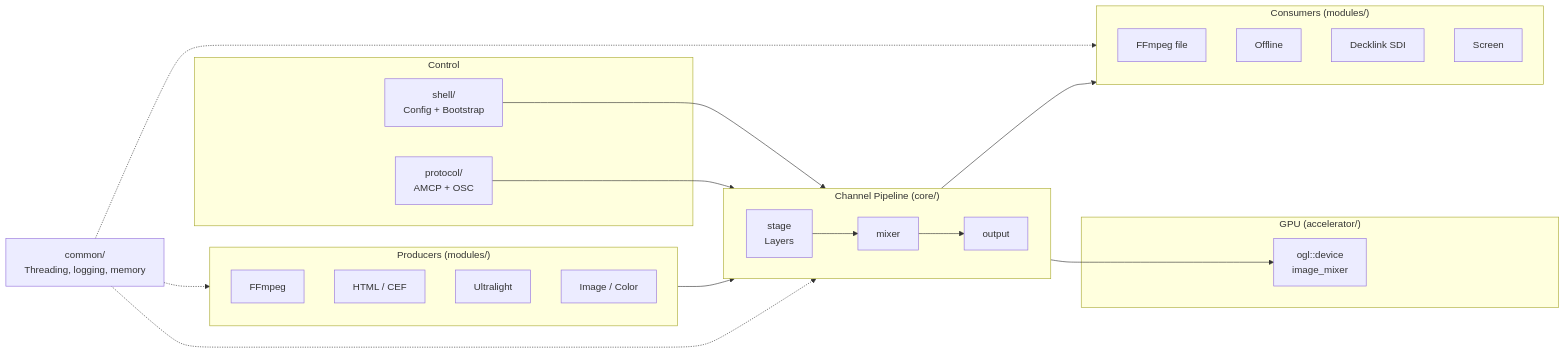
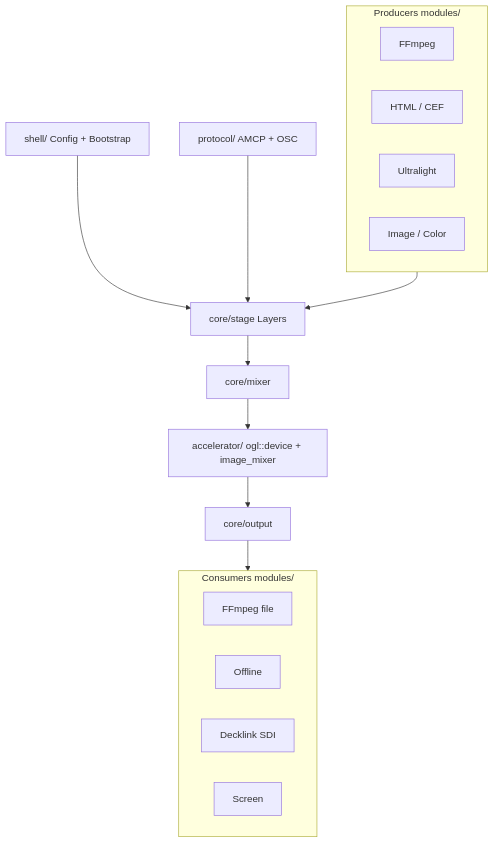
Before and after one commit to den-frie-vilje/casparCG: the first of 10 diagrams in docs/architecture.md, drawn with Mermaid.

Commit message:
docs: rework architecture diagram to top-down flow

````diff
--- a/docs/architecture.md
+++ b/docs/architecture.md
@@ -31,43 +31,31 @@
 ```mermaid
-graph LR
-    subgraph control["Control"]
-        SHELL[shell/\nConfig + Bootstrap]
-        AMCP[protocol/\nAMCP + OSC]
-    end
+graph TD
+    SHELL[shell/ Config + Bootstrap]
+    AMCP[protocol/ AMCP + OSC]
 
-    subgraph pipeline["Channel Pipeline (core/)"]
-        direction LR
-        STAGE[stage\nLayers] --> MIXER[mixer] --> OUTPUT[output]
-    end
+    SHELL --> STAGE
+    AMCP --> STAGE
 
-    subgraph gpu["GPU (accelerator/)"]
-        OGL[ogl::device\nimage_mixer]
-    end
-
-    subgraph producers["Producers (modules/)"]
-        direction TB
+    subgraph producers["Producers modules/"]
         FFPROD[FFmpeg]
         HTMLPROD[HTML / CEF]
         ULPROD[Ultralight]
         IMGPROD[Image / Color]
     end
 
-    subgraph consumers["Consumers (modules/)"]
-        direction TB
+    producers --> STAGE
+
+    STAGE[core/stage Layers]
+    STAGE --> MIXER[core/mixer]
+    MIXER --> OGL[accelerator/ ogl::device + image_mixer]
+    OGL --> OUTPUT[core/output]
+
+    subgraph consumers["Consumers modules/"]
         FFCONS[FFmpeg file]
         OFFCONS[Offline]
         DECK[Decklink SDI]
         SCREEN[Screen]
     end
 
-    COMMON[common/\nThreading, logging, memory]
-
-    SHELL --> pipeline
-    AMCP --> pipeline
-    producers --> STAGE
-    MIXER --> OGL
     OUTPUT --> consumers
-    COMMON -.-> pipeline
-    COMMON -.-> producers
-    COMMON -.-> consumers
 ```
````
